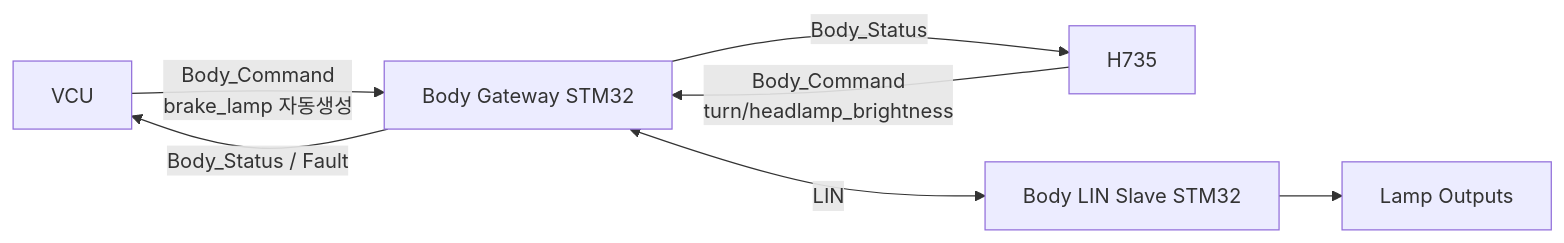
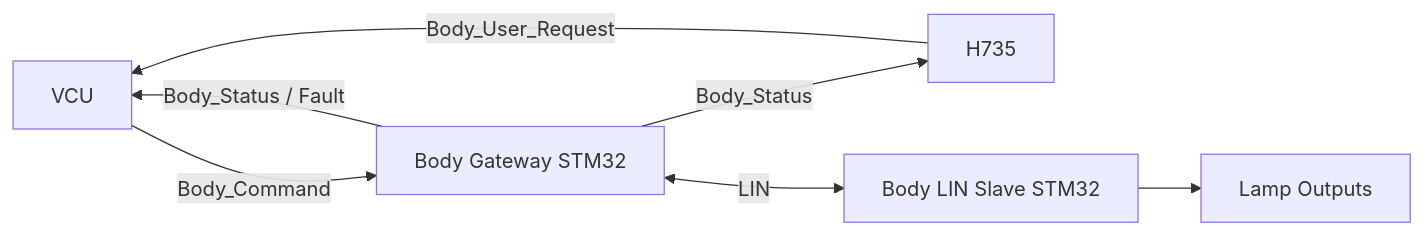
Before and after one commit to sunmaan22/SDV_MCU_Project: the first of 4 diagrams in docs/ecus/Lighting_LIN_CAN/ARCHITECTURE.md, drawn with Mermaid. The commit also changed other lines of this file and 33 other files, not shown here.

````diff
--- a/docs/ecus/Lighting_LIN_CAN/ARCHITECTURE.md
+++ b/docs/ecus/Lighting_LIN_CAN/ARCHITECTURE.md
@@ -94,9 +94,9 @@
 ```mermaid
 flowchart LR
-    VCU[VCU] -->|Body_Command<br/>brake_lamp 자동생성| GW[Body Gateway STM32]
-    HMI[H735] -->|Body_Command<br/>turn/headlamp_brightness| GW
-    GW -->|Body_Status / Fault| VCU
-    GW -->|Body_Status| HMI
-    GW <-->|LIN| SLAVE[Body LIN Slave STM32]
-    SLAVE --> LAMP[Lamp Outputs]
+    VCU["VCU"] -->|"Body_Command"| GW["Body Gateway STM32"]
+    HMI["H735"] -->|"Body_User_Request"| VCU
+    GW -->|"Body_Status / Fault"| VCU
+    GW -->|"Body_Status"| HMI
+    GW <-->|"LIN"| SLAVE["Body LIN Slave STM32"]
+    SLAVE --> LAMP["Lamp Outputs"]
 ```
````
